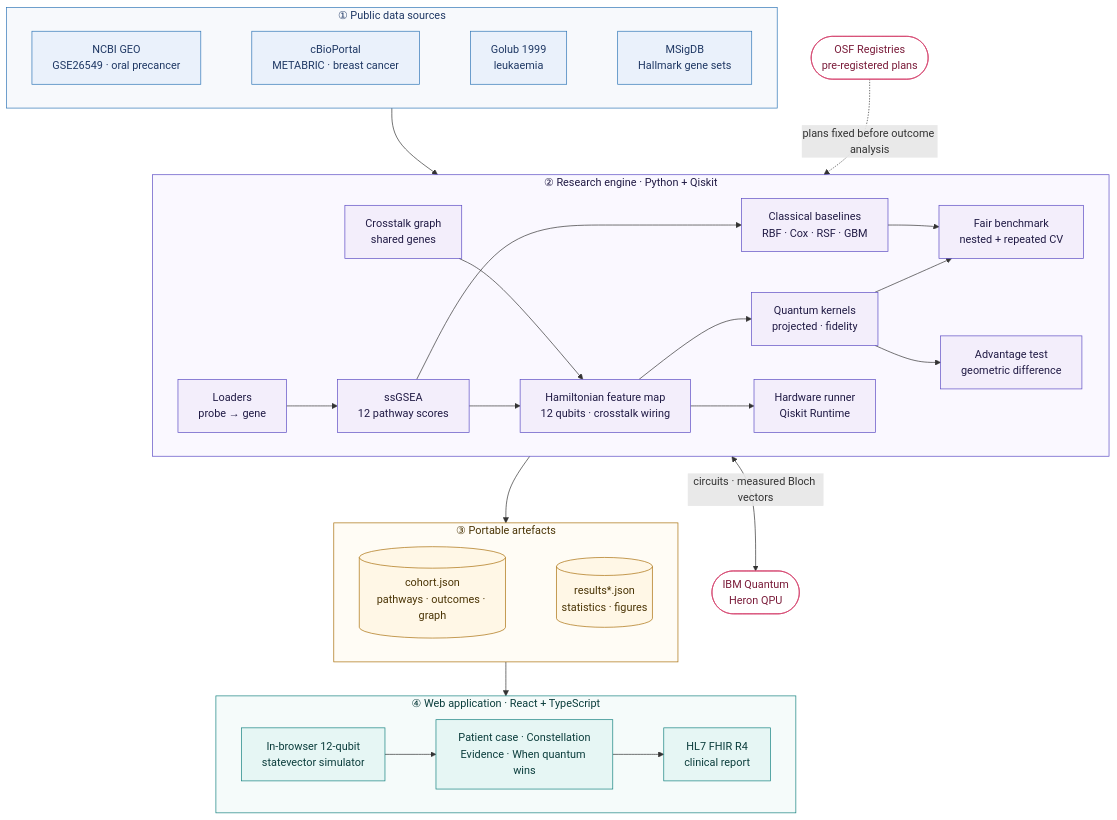
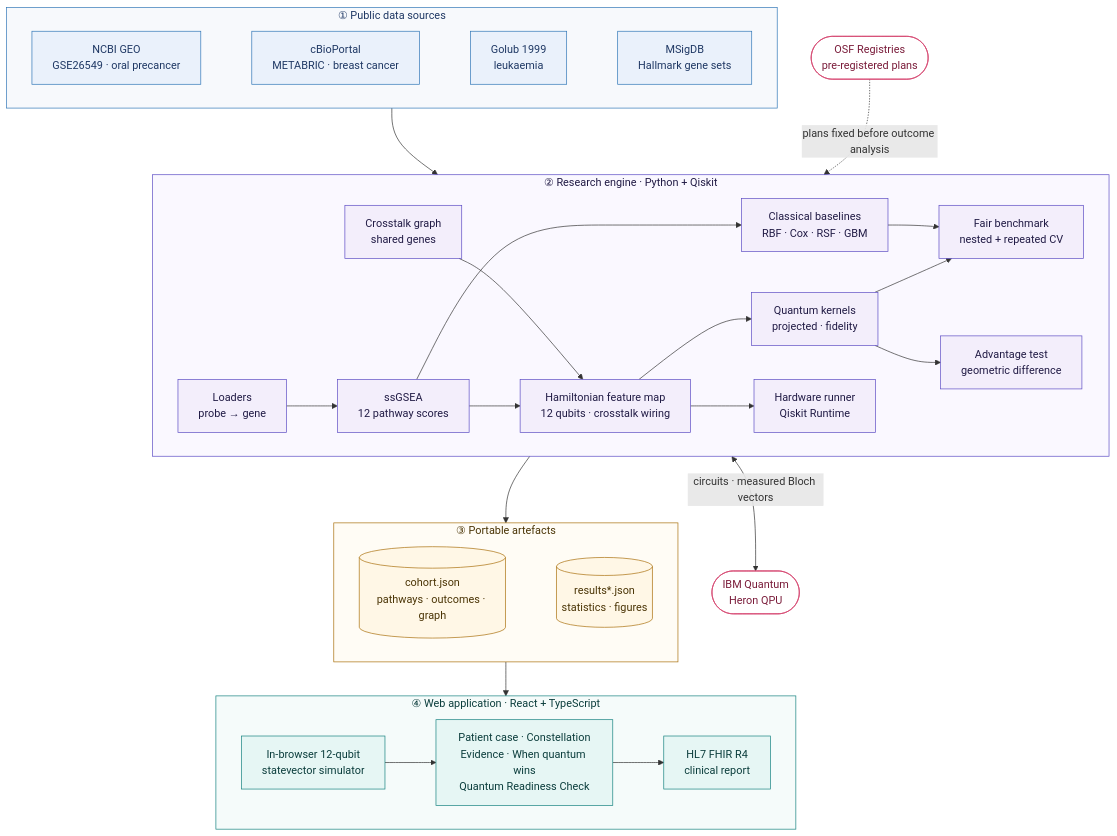
Before and after one commit to VijayaY836/Sanket: the first of 2 diagrams in README.md, drawn with Mermaid. The commit also changed other lines of this file and 13 other files, not shown here.

First line of the commit message:
Add the Quantum Readiness Check page

````diff
--- a/README.md
+++ b/README.md
@@ -78,61 +78,61 @@
 ```mermaid
 flowchart TB
     subgraph SRC["① Public data sources"]
         direction LR
         GEO["NCBI GEO<br/>GSE26549 · oral precancer"]
         CBP["cBioPortal<br/>METABRIC · breast cancer"]
         GOL["Golub 1999<br/>leukaemia"]
         MSIG["MSigDB<br/>Hallmark gene sets"]
         GEO ~~~ CBP ~~~ GOL ~~~ MSIG
     end
 
     subgraph ENG["② Research engine · Python + Qiskit"]
         direction LR
         LOAD["Loaders<br/>probe → gene"] --> SSG["ssGSEA<br/>12 pathway scores"]
         SSG --> FM["Hamiltonian feature map<br/>12 qubits · crosstalk wiring"]
         XT["Crosstalk graph<br/>shared genes"] --> FM
         FM --> KER["Quantum kernels<br/>projected · fidelity"]
         SSG --> CLS["Classical baselines<br/>RBF · Cox · RSF · GBM"]
         KER --> BEN["Fair benchmark<br/>nested + repeated CV"]
         CLS --> BEN
         KER --> ADV["Advantage test<br/>geometric difference"]
         FM --> HW["Hardware runner<br/>Qiskit Runtime"]
     end
 
     subgraph OUT["③ Portable artefacts"]
         direction LR
         COH[("cohort.json<br/>pathways · outcomes · graph")]
         RES[("results*.json<br/>statistics · figures")]
         COH ~~~ RES
     end
 
     subgraph APP["④ Web application · React + TypeScript"]
         direction LR
-        SIM["In-browser 12-qubit<br/>statevector simulator"] --> VIEWS["Patient case · Constellation<br/>Evidence · When quantum wins"]
+        SIM["In-browser 12-qubit<br/>statevector simulator"] --> VIEWS["Patient case · Constellation<br/>Evidence · When quantum wins<br/>Quantum Readiness Check"]
         VIEWS --> FHIR["HL7 FHIR R4<br/>clinical report"]
     end
 
     IBM(["IBM Quantum<br/>Heron QPU"])
     OSF(["OSF Registries<br/>pre-registered plans"])
 
     SRC --> ENG
     ENG --> OUT
     OUT --> APP
     ENG <-- "circuits · measured Bloch vectors" --> IBM
     OSF -. "plans fixed before outcome analysis" .-> ENG
 
     classDef src fill:#eaf1fb,stroke:#2e75b6,color:#1f3864
     classDef eng fill:#f3eefb,stroke:#5b4bc4,color:#211b45
     classDef out fill:#fff7e6,stroke:#a86e0a,color:#4a3405
     classDef app fill:#e6f6f4,stroke:#13807e,color:#0b3d3c
     classDef ext fill:#ffffff,stroke:#d4436e,color:#7a1c3a
     class GEO,CBP,GOL,MSIG src
     class LOAD,SSG,XT,FM,KER,CLS,BEN,ADV,HW eng
     class COH,RES out
     class SIM,VIEWS,FHIR app
     class IBM,OSF ext
     style SRC fill:#f7f9fc,stroke:#2e75b6,stroke-width:1px,color:#1f3864
     style ENG fill:#faf8ff,stroke:#5b4bc4,stroke-width:1px,color:#211b45
     style OUT fill:#fffcf5,stroke:#a86e0a,stroke-width:1px,color:#4a3405
     style APP fill:#f5fbfa,stroke:#13807e,stroke-width:1px,color:#0b3d3c
 ```
````
